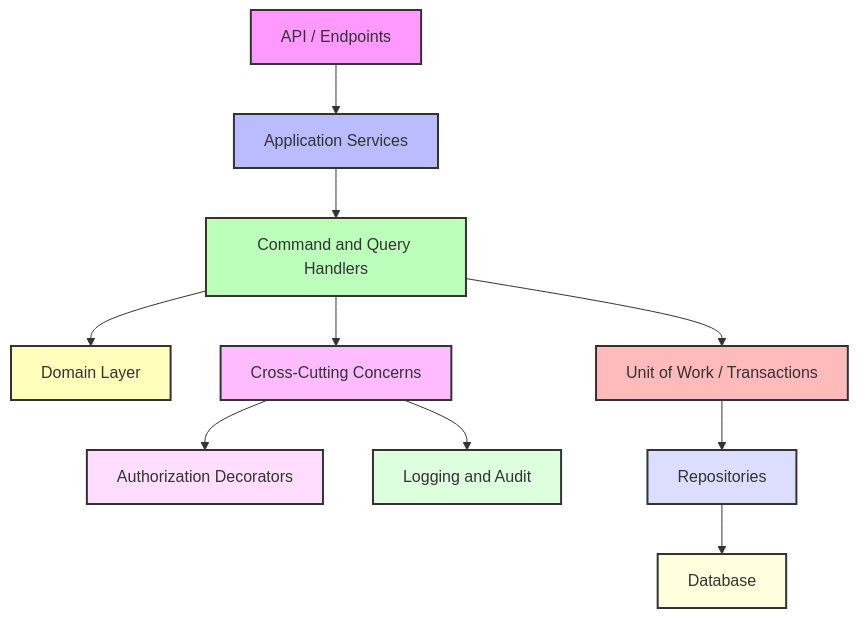
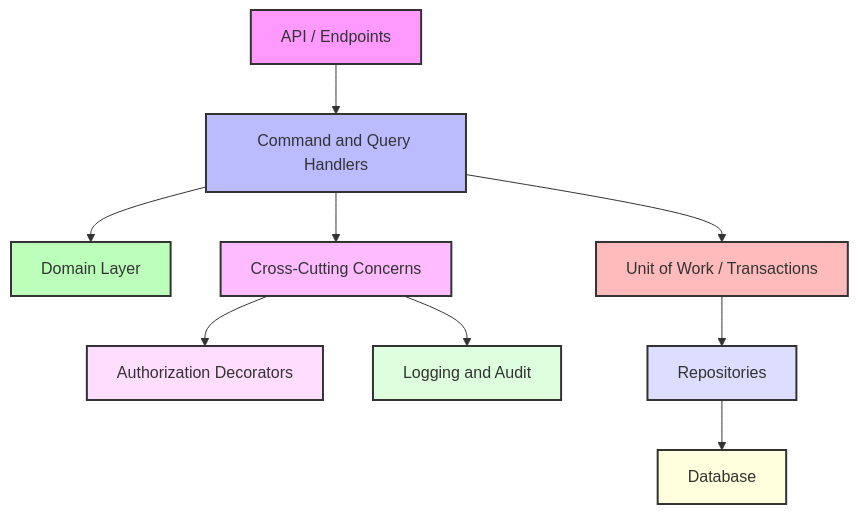
One commit to doomansamaneh/Gamma.Kernel changed the diagram in README.md. Above: the diagram before and after it, drawn with Mermaid. The commit also changed other lines of this file, not shown here.

````diff
--- a/README.md
+++ b/README.md
@@ -117,23 +116,24 @@
 ```mermaid
 flowchart TD
-    A[API / Endpoints] --> B[Application Services]
-    B --> C[Command and Query Handlers]
-    C --> D[Domain Layer]
-    C --> E[Unit of Work / Transactions]
-    C --> F[Cross-Cutting Concerns]
+    A[API / Endpoints] --> B[Command and Query Handlers]
+    B --> C[Domain Layer]
+
+    B --> E[Unit of Work / Transactions]
+    B --> F[Cross-Cutting Concerns]
+
     F --> G[Authorization Decorators]
     F --> H[Logging and Audit]
+
     E --> I[Repositories]
     I --> J[Database]
 
     style A fill:#f9f,stroke:#333,stroke-width:2px
     style B fill:#bbf,stroke:#333,stroke-width:2px
     style C fill:#bfb,stroke:#333,stroke-width:2px
-    style D fill:#ffb,stroke:#333,stroke-width:2px
     style E fill:#fbb,stroke:#333,stroke-width:2px
     style F fill:#fbf,stroke:#333,stroke-width:2px
     style G fill:#fdf,stroke:#333,stroke-width:2px
     style H fill:#dfd,stroke:#333,stroke-width:2px
     style I fill:#ddf,stroke:#333,stroke-width:2px
     style J fill:#ffd,stroke:#333,stroke-width:2px
 ```
````
